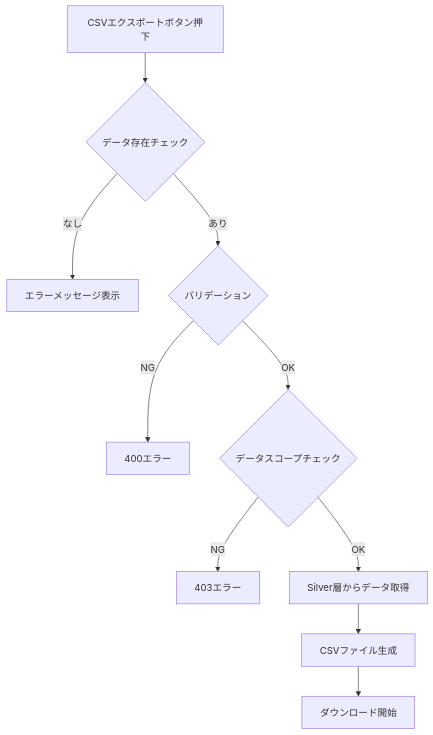
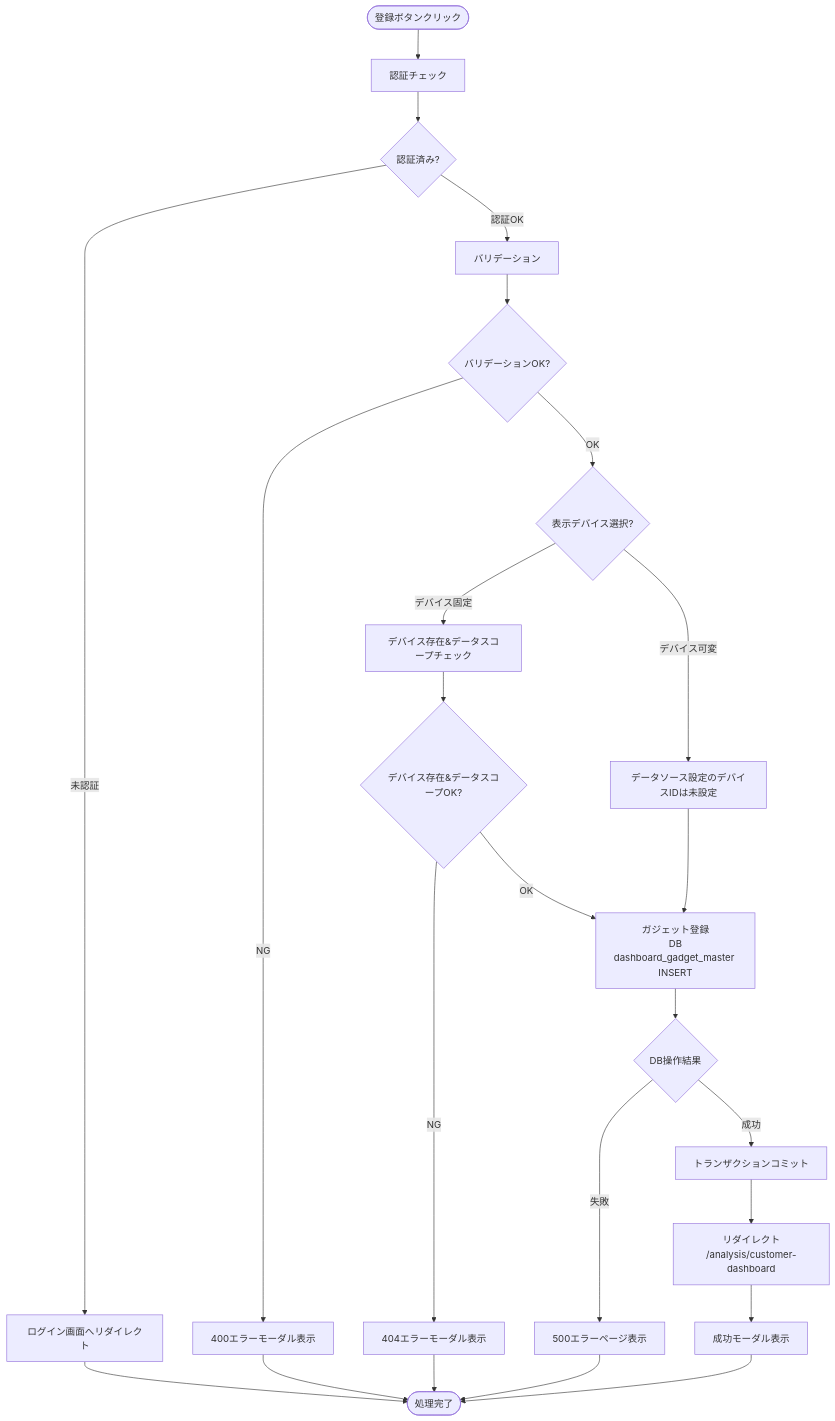
Before and after one commit to NSW-SVCP-AIWG002/Databricks-IoT: the third of 4 diagrams in docs/03-features/flask-app/customer-dashboard/timeline/workflow-specification.md, drawn with Mermaid. The commit also changed other lines of this file and 2 other files, not shown here.

````diff
--- a/docs/03-features/flask-app/customer-dashboard/timeline/workflow-specification.md
+++ b/docs/03-features/flask-app/customer-dashboard/timeline/workflow-specification.md
@@ -479,12 +699,33 @@
 ```mermaid
 flowchart TD
-    A[CSVエクスポートボタン押下] --> B{データ存在チェック}
-    B -->|なし| C[エラーメッセージ表示]
-    B -->|あり| D{バリデーション}
-    D -->|NG| E[400エラー]
-    D -->|OK| F{データスコープチェック}
-    F -->|NG| G[403エラー]
-    F -->|OK| H[Silver層からデータ取得]
-    H --> I[CSVファイル生成]
-    I --> J[ダウンロード開始]
+    Start([登録ボタンクリック]) --> Auth[認証チェック]
+    Auth --> CheckAuth{認証済み?}
+    CheckAuth -->|未認証| LoginRedirect[ログイン画面へリダイレクト]
+    CheckAuth -->|認証OK| Validate[バリデーション]
+
+    Validate --> CheckValidate{バリデーションOK?}
+    CheckValidate -->|NG| Error400[400エラーモーダル表示]
+    CheckValidate -->|OK| ChekcDeviceMode{表示デバイス選択?}
+
+    ChekcDeviceMode -->|デバイス固定| DeviceQuery[デバイス存在&データスコープチェック]
+    ChekcDeviceMode -->|デバイス可変| NotSetDeviceId[データソース設定のデバイスIDは未設定]
+
+    NotSetDeviceId --> Insert[ガジェット登録<br> DB dashboard_gadget_master INSERT]
+
+    DeviceQuery --> CheckDeviceQuery{デバイス存在&データスコープOK?}
+    CheckDeviceQuery -->|NG| Error404[404エラーモーダル表示]
+    CheckDeviceQuery -->|OK| Insert
+
+    Insert --> CheckInsert{DB操作結果}
+    CheckInsert -->|失敗| Error500[500エラーページ表示]
+    CheckInsert -->|成功| Commit[トランザクションコミット]
+
+    Commit --> Redirect[リダイレクト<br>/analysis/customer-dashboard]
+    Redirect --> 200OK[成功モーダル表示]
+
+    LoginRedirect --> End([処理完了])
+    Error400 --> End
+    Error404 --> End
+    Error500 --> End
+    200OK --> End
 ```
````
